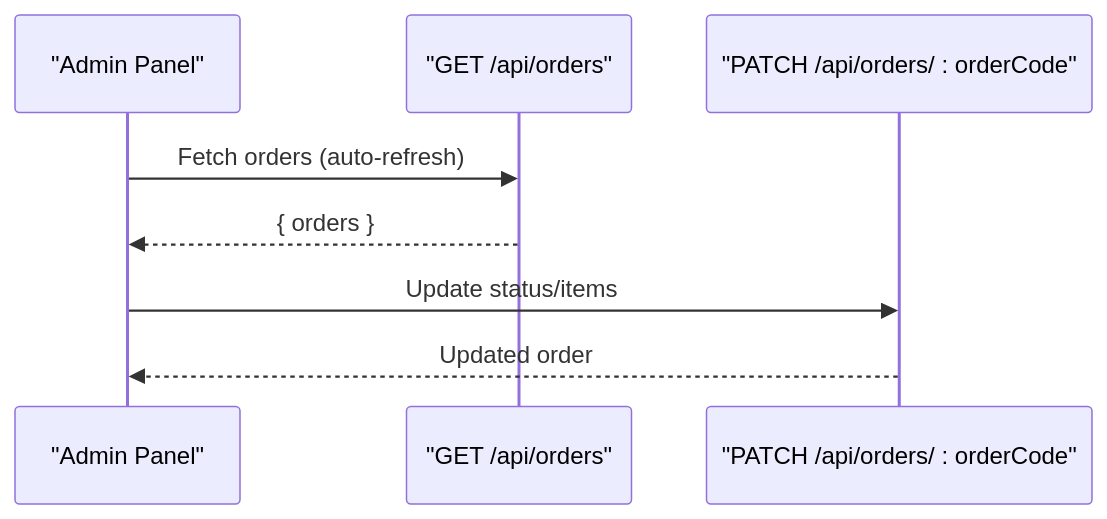
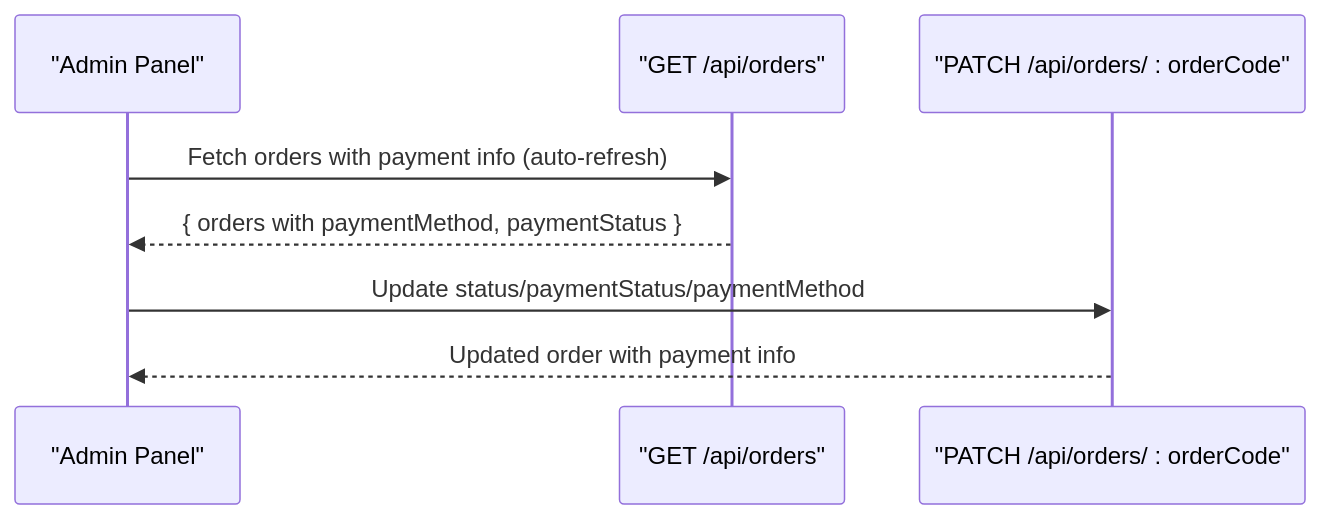
The eighth of 10 diagrams in .qoder/repowiki/en/content/Architecture Overview/Backend Architecture/API Layer/Orders API Endpoints.md (Ice-Nao-Eevee/Tera_Work), drawn with Mermaid before and after one commit. The commit also changed other lines of this file and 55 other files, not shown here.

````diff
--- a/.qoder/repowiki/en/content/Architecture Overview/Backend Architecture/API Layer/Orders API Endpoints.md
+++ b/.qoder/repowiki/en/content/Architecture Overview/Backend Architecture/API Layer/Orders API Endpoints.md
@@ -348,10 +370,10 @@
 ```mermaid
 sequenceDiagram
 participant Admin as "Admin Panel"
 participant OrdersAPI as "GET /api/orders"
 participant OrdersCRUD as "PATCH /api/orders/ : orderCode"
-Admin->>OrdersAPI : Fetch orders (auto-refresh)
-OrdersAPI-->>Admin : { orders }
-Admin->>OrdersCRUD : Update status/items
-OrdersCRUD-->>Admin : Updated order
+Admin->>OrdersAPI : Fetch orders with payment info (auto-refresh)
+OrdersAPI-->>Admin : { orders with paymentMethod, paymentStatus }
+Admin->>OrdersCRUD : Update status/paymentStatus/paymentMethod
+OrdersCRUD-->>Admin : Updated order with payment info
 ```
````
